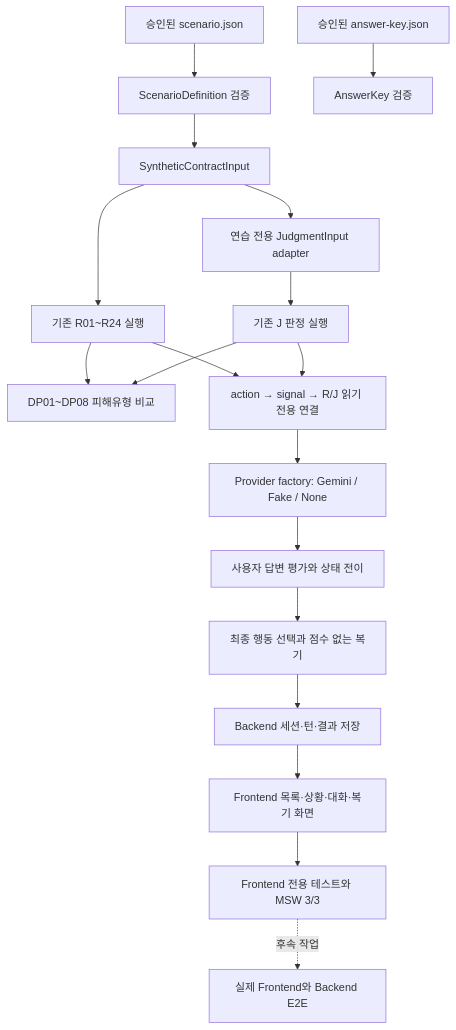
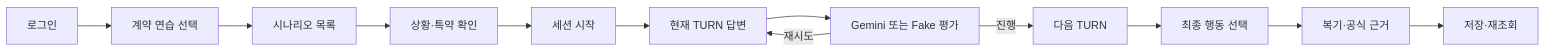
Before and after one commit to coding-jhj/Lease-Companion: the diagram in docs/planning/practice-simulation-work-guide.md, drawn with Mermaid. The commit also changed other lines of this file and 17 other files, not shown here.

````diff
--- a/docs/planning/practice-simulation-work-guide.md
+++ b/docs/planning/practice-simulation-work-guide.md
@@ -59,20 +17,14 @@
 ```mermaid
-flowchart TD
-    A[승인된 scenario.json] --> B[ScenarioDefinition 검증]
-    C[승인된 answer-key.json] --> D[AnswerKey 검증]
-    B --> E[SyntheticContractInput]
-    E --> F[기존 R01~R24 실행]
-    E --> G[연습 전용 JudgmentInput adapter]
-    G --> H[기존 J 판정 실행]
-    F --> I[DP01~DP08 피해유형 비교]
-    H --> I
-    F --> J[action → signal → R/J 읽기 전용 연결]
-    H --> J
-    J --> P[Provider factory: Gemini / Fake / None]
-    P --> K[사용자 답변 평가와 상태 전이]
-    K --> N[최종 행동 선택과 점수 없는 복기]
-    N --> L[Backend 세션·턴·결과 저장]
-    L --> M[Frontend 목록·상황·대화·복기 화면]
-    M --> O[Frontend 전용 테스트와 MSW 3/3]
-    O -. 후속 작업 .-> Q[실제 Frontend와 Backend E2E]
+flowchart LR
+    A[로그인] --> B[계약 연습 선택]
+    B --> C[시나리오 목록]
+    C --> D[상황·특약 확인]
+    D --> E[세션 시작]
+    E --> F[현재 TURN 답변]
+    F --> G[Gemini 또는 Fake 평가]
+    G -->|진행| H[다음 TURN]
+    G -->|재시도| F
+    H --> I[최종 행동 선택]
+    I --> J[복기·공식 근거]
+    J --> K[저장·재조회]
 ```
````
